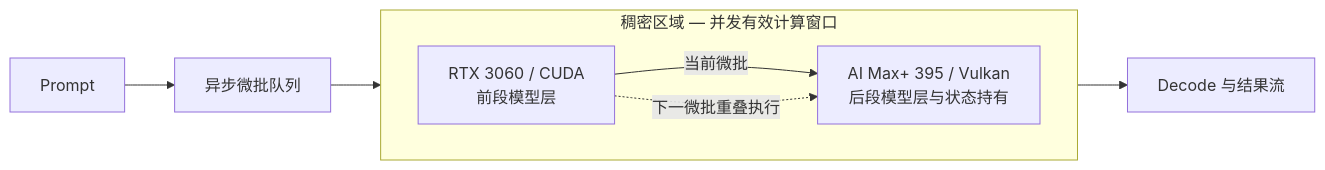
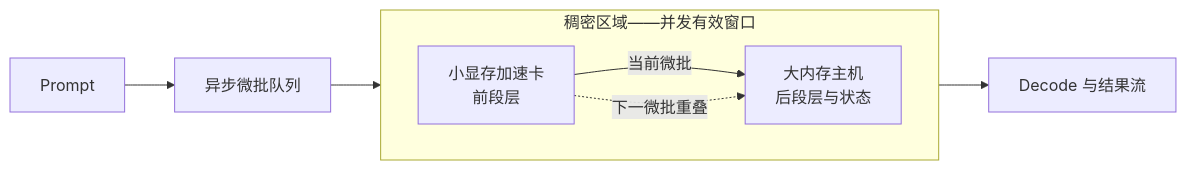
The diagram in README_ZH.md (Soulmate-Halo/heterogeneous-gpu-pd-lab), drawn with Mermaid before and after one commit. The commit also changed other lines of this file, not shown here.

````diff
--- a/README_ZH.md
+++ b/README_ZH.md
@@ -27,11 +11,11 @@
 ```mermaid
 flowchart LR
     P[Prompt] --> Q[异步微批队列]
-    subgraph D["稠密区域 — 并发有效计算窗口"]
+    subgraph D["稠密区域——并发有效窗口"]
         direction LR
-        N[RTX 3060 / CUDA<br/>前段模型层] -->|当前微批| A[AI Max+ 395 / Vulkan<br/>后段模型层与状态持有]
+        N[小显存加速卡<br/>前段层] -->|当前微批| A[大内存主机<br/>后段层与状态]
     end
     Q --> N
     A --> O[Decode 与结果流]
-    N -. 下一微批重叠执行 .-> A
+    N -. 下一微批重叠 .-> A
 ```
````
